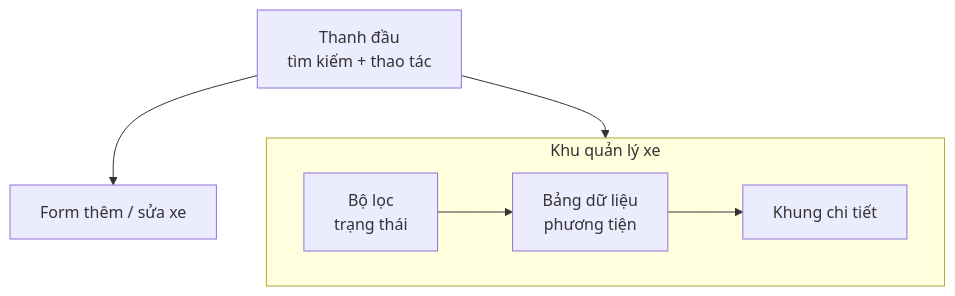
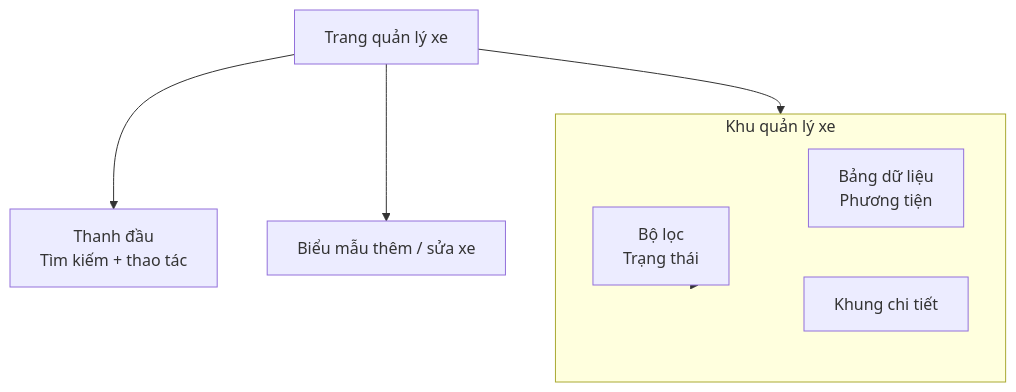
One commit to anmh1205/IoT_Vehicle_Tracking_System changed the diagram in resources/reports/thesis/final/assets/uml/06-chuong-3-giai-phap-frontend-hinh-3-18.mmd. Above: the diagram before and after it, drawn with Mermaid. The commit also changed 770 other files, not shown here.

```diff
--- a/resources/reports/thesis/final/assets/uml/06-chuong-3-giai-phap-frontend-hinh-3-18.mmd
+++ b/resources/reports/thesis/final/assets/uml/06-chuong-3-giai-phap-frontend-hinh-3-18.mmd
@@ -1,19 +1,22 @@
 flowchart TB
+    Screen["Trang quản lý xe"]
     Header["Thanh đầu
-tìm kiếm + thao tác"]
+Tìm kiếm + thao tác"]
 
     subgraph Workspace["Khu quản lý xe"]
         direction LR
         Filter["Bộ lọc
-trạng thái"]
+Trạng thái"]
         Table["Bảng dữ liệu
-phương tiện"]
+Phương tiện"]
         Detail["Khung chi tiết"]
     end
 
-    Form["Form thêm / sửa xe"]
+    Form["Biểu mẫu thêm / sửa xe"]
 
-    Header --> Filter
-    Filter --> Table
-    Table --> Detail
-    Header --> Form
+    Screen --> Header
+    Screen --> Workspace
+    Workspace --> Filter
+    Workspace --> Table
+    Workspace --> Detail
+    Screen --> Form
```
